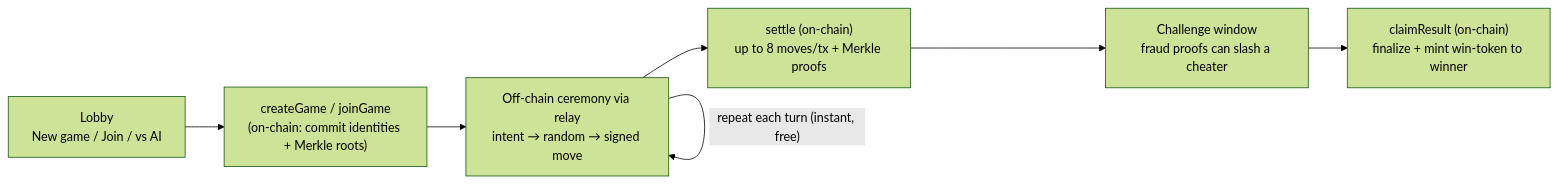
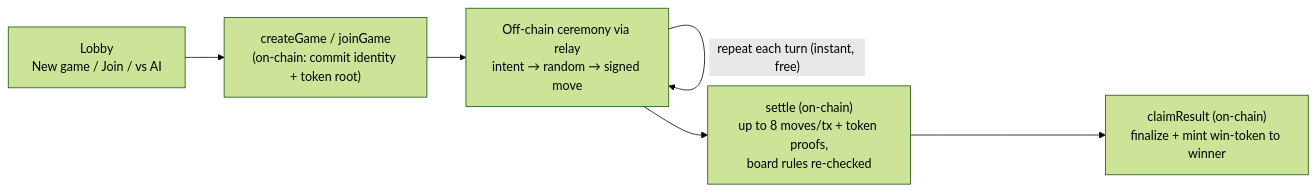
One commit to effectstream/nix-nax changed the diagram in README.md. Above: the diagram before and after it, drawn with Mermaid (forest theme). The commit also changed other lines of this file and 28 other files, not shown here.

````diff
--- a/README.md
+++ b/README.md
@@ -73,9 +81,8 @@
 ```mermaid
 flowchart LR
-  A["Lobby<br/>New game / Join / vs AI"] --> B["createGame / joinGame<br/>(on-chain: commit identities + Merkle roots)"]
+  A["Lobby<br/>New game / Join / vs AI"] --> B["createGame / joinGame<br/>(on-chain: commit identity + token root)"]
   B --> C["Off-chain ceremony via relay<br/>intent → random → signed move"]
   C -- "repeat each turn (instant, free)" --> C
-  C --> D["settle (on-chain)<br/>up to 8 moves/tx + Merkle proofs"]
-  D --> E["Challenge window<br/>fraud proofs can slash a cheater"]
-  E --> F["claimResult (on-chain)<br/>finalize + mint win-token to winner"]
+  C --> D["settle (on-chain)<br/>up to 8 moves/tx + token proofs,<br/>board rules re-checked"]
+  D --> E["claimResult (on-chain)<br/>finalize + mint win-token to winner"]
 ```
````
